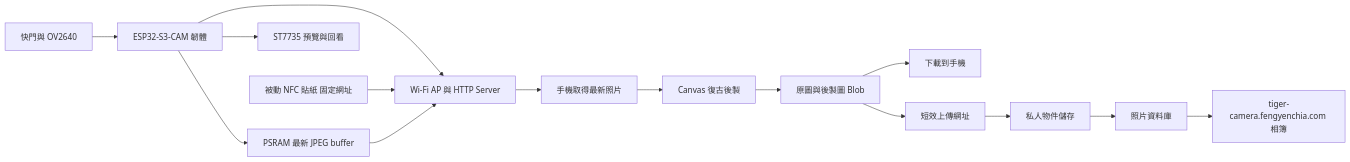
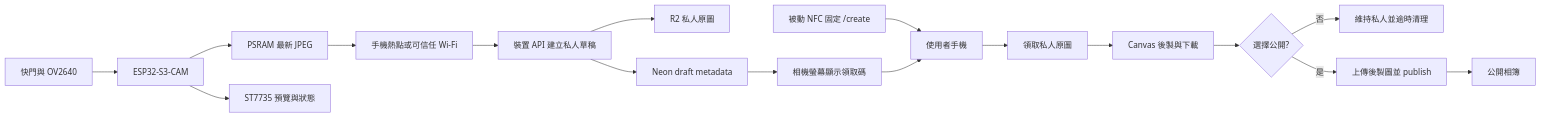
Before and after one commit to fengyenchia/tiger-camera: the diagram in docs/software.md, drawn with Mermaid. The commit also changed other lines of this file and 83 other files, not shown here.

````diff
--- a/docs/software.md
+++ b/docs/software.md
@@ -5,17 +5,19 @@
 ```mermaid
 flowchart LR
-    A[快門與 OV2640] --> B[ESP32-S3-CAM 韌體]
-    B --> C[PSRAM 最新 JPEG buffer]
-    B --> D[ST7735 預覽與回看]
-    B --> E[Wi-Fi AP 與 HTTP Server]
-    N[被動 NFC 貼紙 固定網址] --> E
-    C --> E
-    E --> F[手機取得最新照片]
-    F --> G[Canvas 復古後製]
-    G --> H[原圖與後製圖 Blob]
-    H --> I[下載到手機]
-    H --> J[短效上傳網址]
-    J --> K[私人物件儲存]
-    K --> L[照片資料庫]
-    L --> M[tiger-camera.fengyenchia.com 相簿]
+    A[快門與 OV2640] --> B[ESP32-S3-CAM]
+    B --> C[PSRAM 最新 JPEG]
+    B --> D[ST7735 預覽與狀態]
+    C --> E[手機熱點或可信任 Wi-Fi]
+    E --> F[裝置 API 建立私人草稿]
+    F --> G[R2 私人原圖]
+    F --> H[Neon draft metadata]
+    H --> I[相機螢幕顯示領取碼]
+    N[被動 NFC 固定 /create] --> J[使用者手機]
+    I --> J
+    J --> K[領取私人原圖]
+    K --> L[Canvas 後製與下載]
+    L --> M{選擇公開?}
+    M -->|否| O[維持私人並逾時清理]
+    M -->|是| P[上傳後製圖並 publish]
+    P --> Q[公開相簿]
 ```
````
